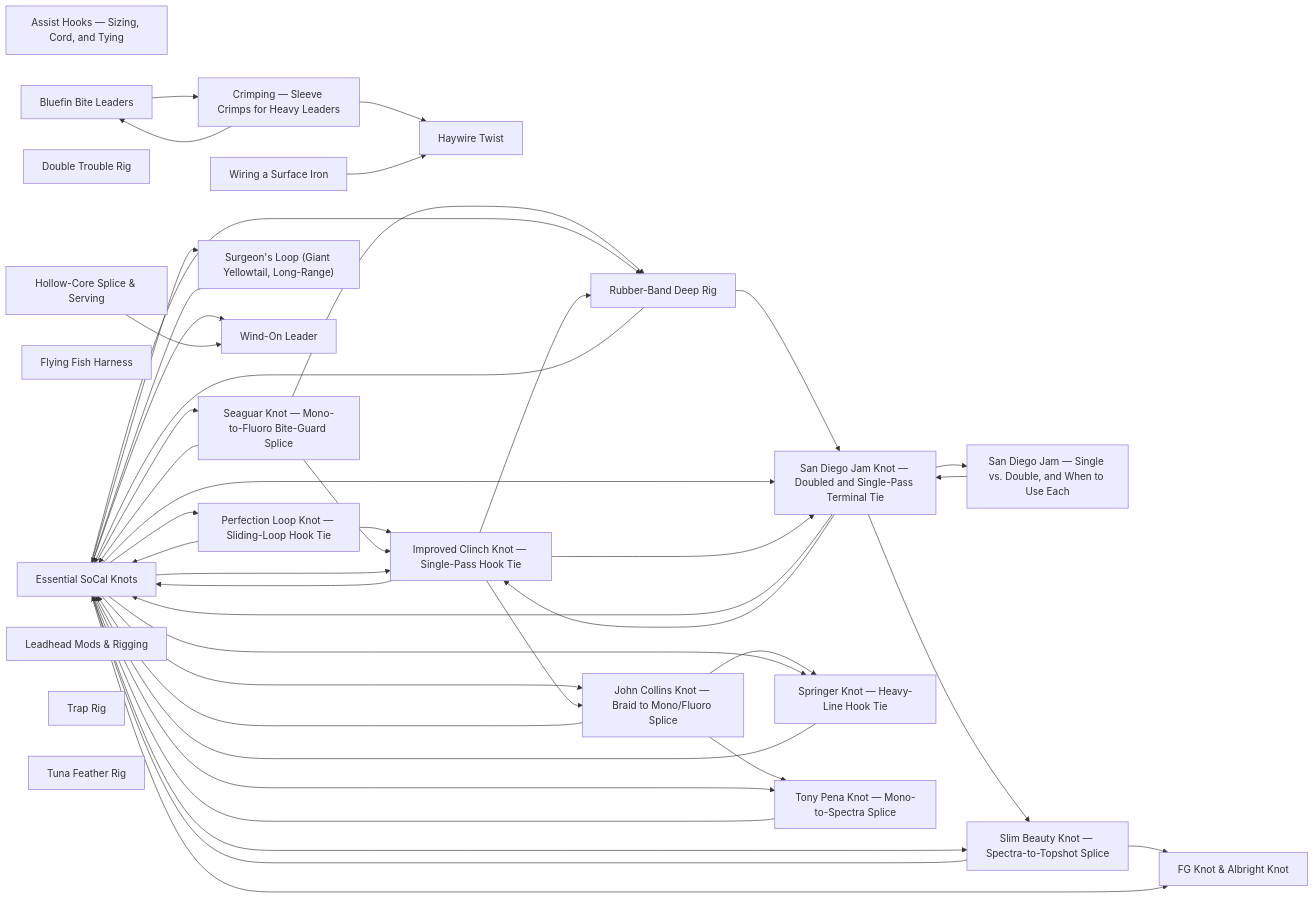
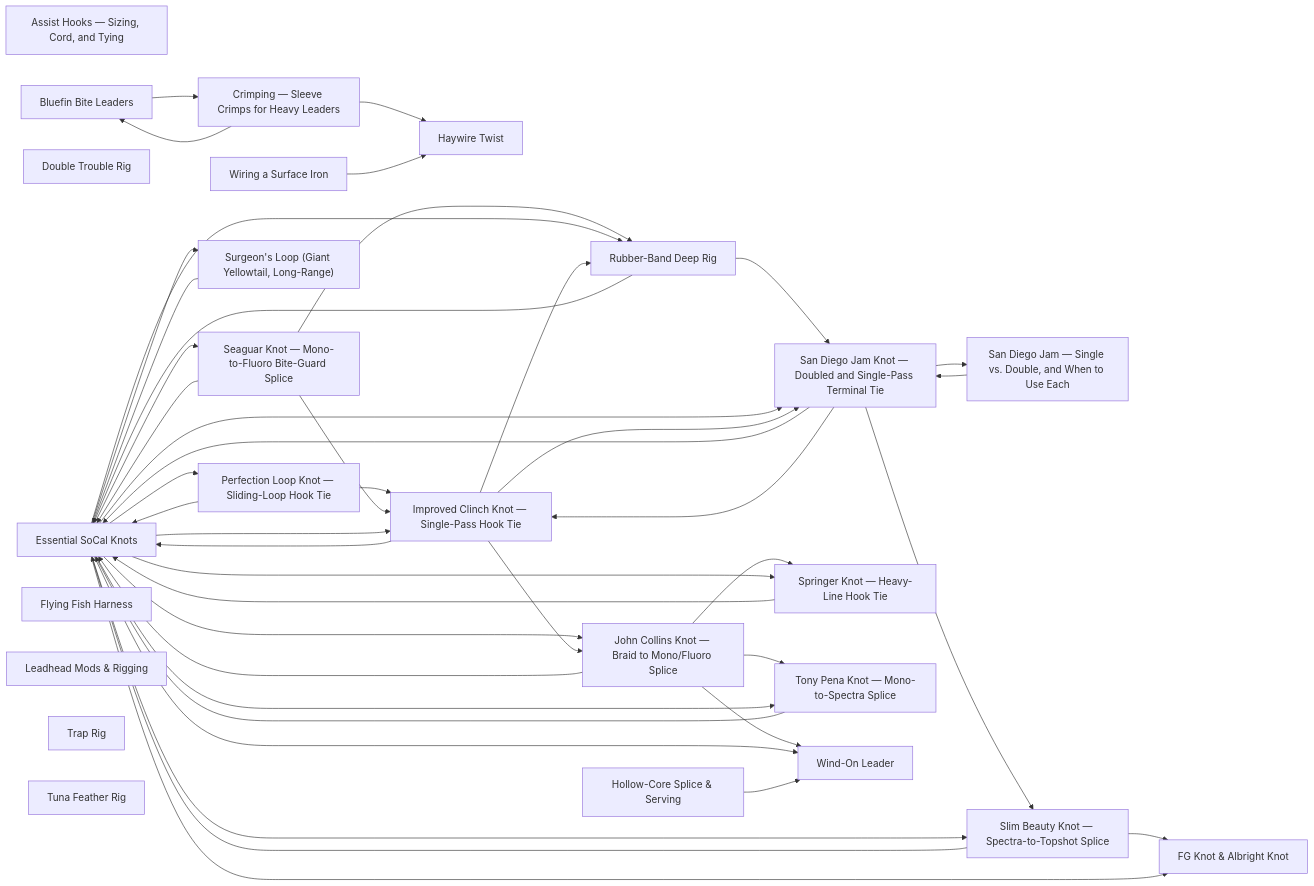
One commit to camchuckpete-max/Socal-Fishing-Knowledge changed the diagram in rigging/README.md. Above: the diagram before and after it, drawn with Mermaid. The commit also changed other lines of this file and 4 other files, not shown here.

````diff
--- a/rigging/README.md
+++ b/rigging/README.md
@@ -38,69 +38,70 @@
 ```mermaid
 graph LR
   n0["Assist Hooks — Sizing, Cord, and Tying"]
   n1["Bluefin Bite Leaders"]
   n2["Crimping — Sleeve Crimps for Heavy Leaders"]
   n3["Double Trouble Rig"]
   n4["Essential SoCal Knots"]
   n5["FG Knot & Albright Knot"]
   n6["Flying Fish Harness"]
   n7["Haywire Twist"]
   n8["Hollow-Core Splice & Serving"]
   n9["Improved Clinch Knot — Single-Pass Hook Tie"]
   n10["John Collins Knot — Braid to Mono/Fluoro Splice"]
   n11["Leadhead Mods & Rigging"]
   n12["Perfection Loop Knot — Sliding-Loop Hook Tie"]
   n13["Rubber-Band Deep Rig"]
   n14["San Diego Jam Knot — Doubled and Single-Pass Terminal Tie"]
   n15["San Diego Jam — Single vs. Double, and When to Use Each"]
   n16["Seaguar Knot — Mono-to-Fluoro Bite-Guard Splice"]
   n17["Slim Beauty Knot — Spectra-to-Topshot Splice"]
   n18["Springer Knot — Heavy-Line Hook Tie"]
   n19["Surgeon's Loop (Giant Yellowtail, Long-Range)"]
   n20["Tony Pena Knot — Mono-to-Spectra Splice"]
   n21["Trap Rig"]
   n22["Tuna Feather Rig"]
   n23["Wind-On Leader"]
   n24["Wiring a Surface Iron"]
   n1 --> n2
   n10 --> n18
   n10 --> n20
+  n10 --> n23
   n10 --> n4
   n12 --> n4
   n12 --> n9
   n13 --> n14
   n13 --> n4
   n14 --> n15
   n14 --> n17
   n14 --> n4
   n14 --> n9
   n15 --> n14
   n16 --> n13
   n16 --> n4
   n16 --> n9
   n17 --> n4
   n17 --> n5
   n18 --> n4
   n19 --> n4
   n2 --> n1
   n2 --> n7
   n20 --> n4
   n24 --> n7
   n4 --> n10
   n4 --> n12
   n4 --> n13
   n4 --> n14
   n4 --> n16
   n4 --> n17
   n4 --> n18
   n4 --> n19
   n4 --> n20
   n4 --> n23
   n4 --> n5
   n4 --> n9
   n8 --> n23
   n9 --> n10
   n9 --> n13
   n9 --> n14
   n9 --> n4
 ```
````
